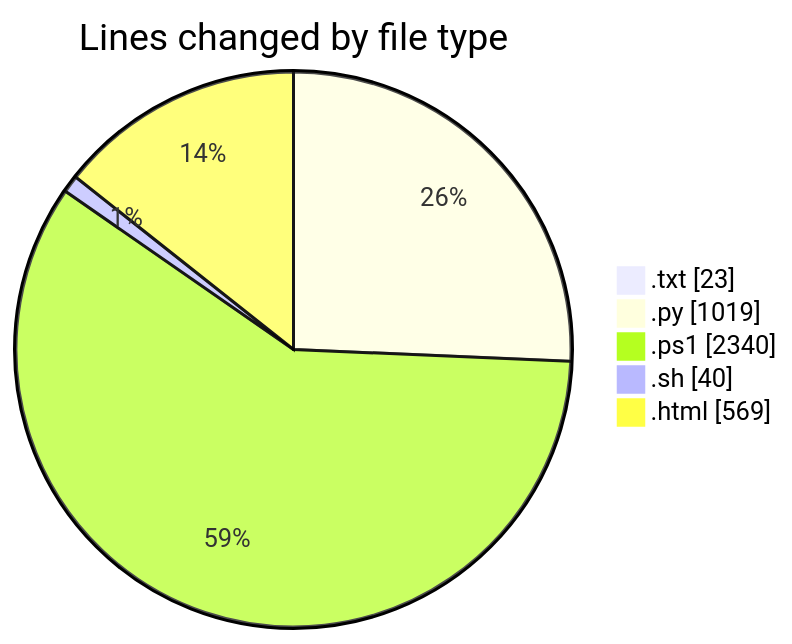
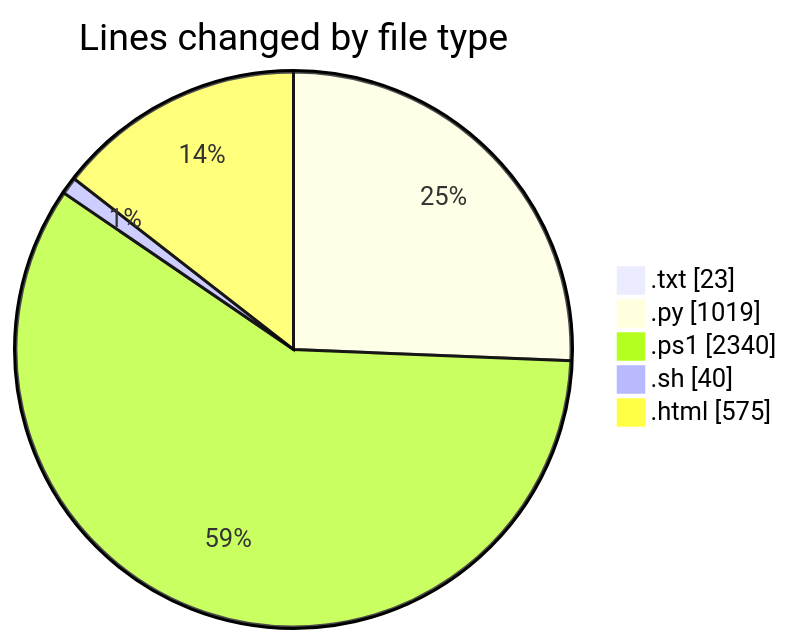
The first of 2 diagrams in 2025-05-16/python_app_deploy/README.md (CELIANVF/code-tracking), drawn with Mermaid before and after one commit. The commit also changed other lines of this file and 1 other file, not shown here.

````diff
--- a/2025-05-16/python_app_deploy/README.md
+++ b/2025-05-16/python_app_deploy/README.md
@@ -41,9 +41,9 @@
 ```mermaid
 pie showData
 title Lines changed by file type
 ".txt" : 23
 ".py" : 1019
 ".ps1" : 2340
 ".sh" : 40
-".html" : 569
+".html" : 575
 ```
````
